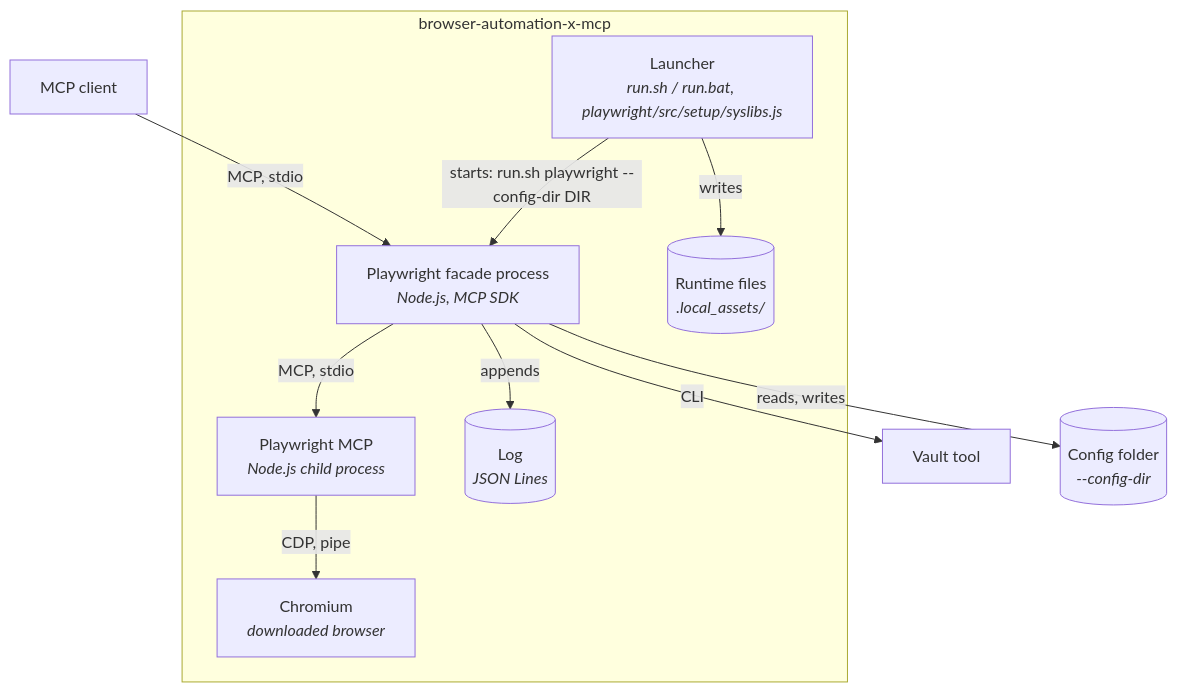
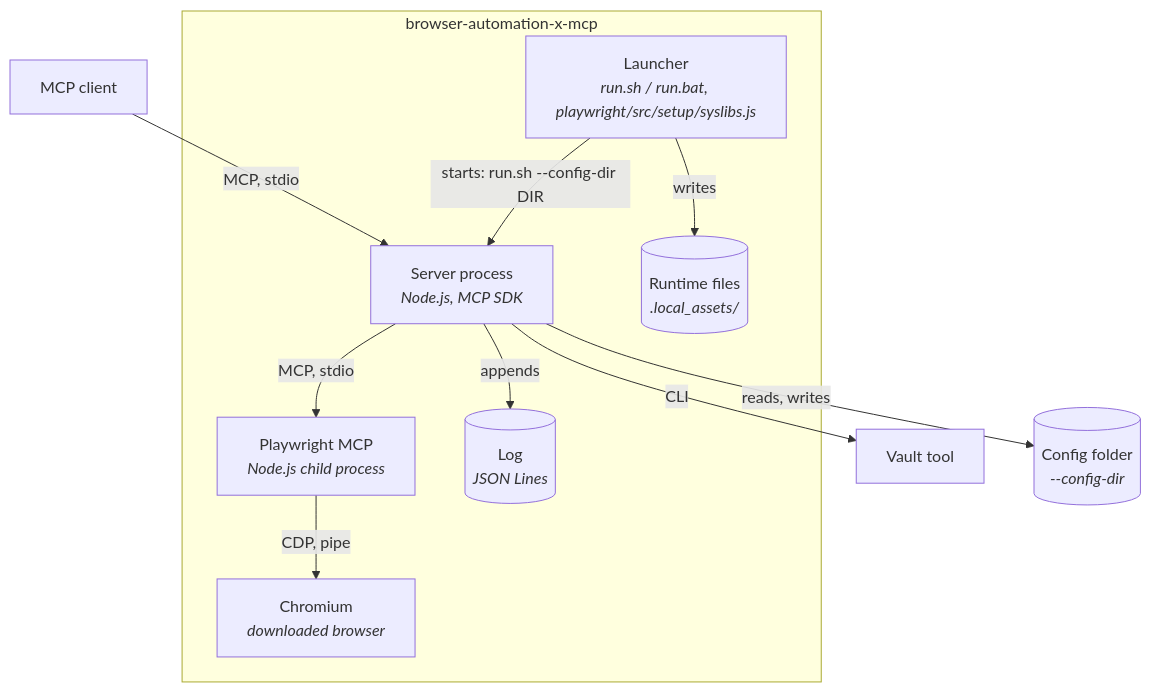
The second of 6 diagrams in tools/browser-automation-x-mcp/sdd/DESIGN.md (npstash/shared), drawn with Mermaid before and after one commit. The commit also changed other lines of this file and 46 other files, not shown here.

First line of the commit message:
browser-automation-x-mcp: one MCP server on Playwright and Chromium only; neutral naming

````diff
--- a/tools/browser-automation-x-mcp/sdd/DESIGN.md
+++ b/tools/browser-automation-x-mcp/sdd/DESIGN.md
@@ -62,13 +62,13 @@
 ```mermaid
 flowchart TD
     C[MCP client] -->|MCP, stdio| F
     subgraph S[browser-automation-x-mcp]
-        L[Launcher<br/><i>run.sh / run.bat, playwright/src/setup/syslibs.js</i>] -->|starts: run.sh playwright --config-dir DIR| F[Playwright facade process<br/><i>Node.js, MCP SDK</i>]
+        L[Launcher<br/><i>run.sh / run.bat, playwright/src/setup/syslibs.js</i>] -->|starts: run.sh --config-dir DIR| F[Server process<br/><i>Node.js, MCP SDK</i>]
         F -->|MCP, stdio| M[Playwright MCP<br/><i>Node.js child process</i>]
         M -->|CDP, pipe| B[Chromium<br/><i>downloaded browser</i>]
         F -->|appends| G[(Log<br/><i>JSON Lines</i>)]
         L -->|writes| R[(Runtime files<br/><i>.local_assets/</i>)]
     end
     F -->|CLI| V[Vault tool]
     F -->|reads, writes| K[(Config folder<br/><i>--config-dir</i>)]
 ```
````
